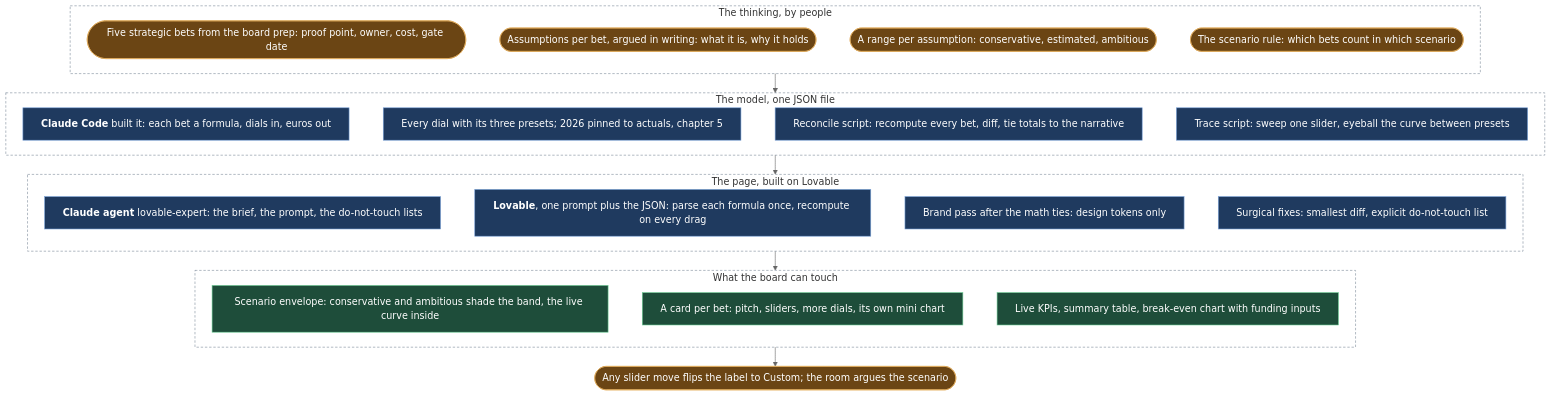
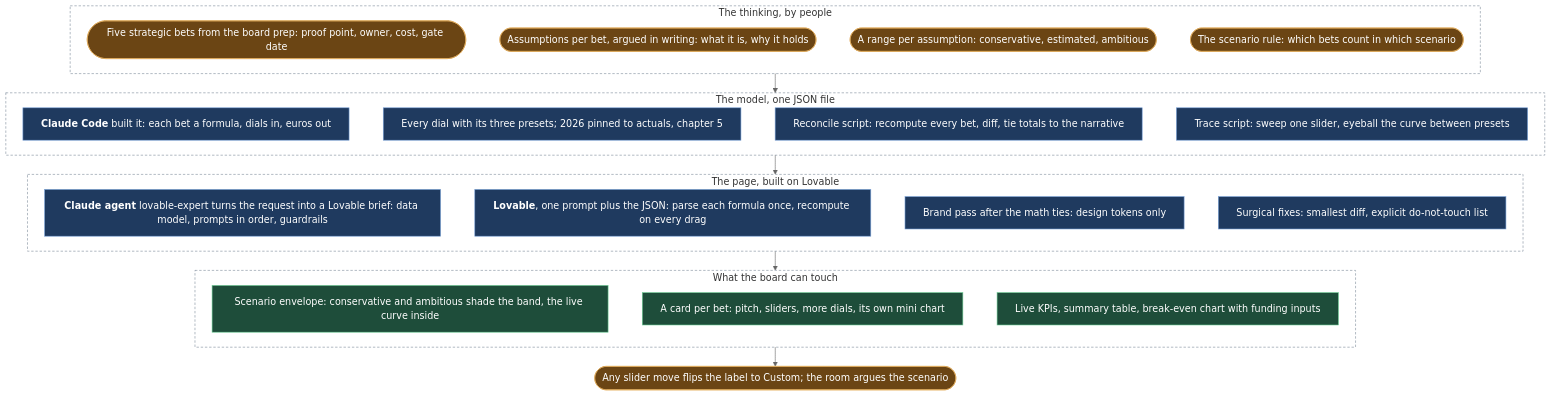
Before and after one commit to nunomnferreirapt/ai-operated-growth-engine: the diagram in evidence/case-studies/06-a-financial-model-the-leadership-team-could-click.md, drawn with Mermaid (neutral theme). The commit also changed other lines of this file, not shown here.

Commit message:
Chapter 6: the lovable-expert agent explained as the method, in the bullet and the box
Claude-Session: https://claude.ai/code/session_013vAMTruojjzTuNGSxvVixS

````diff
--- a/evidence/case-studies/06-a-financial-model-the-leadership-team-could-click.md
+++ b/evidence/case-studies/06-a-financial-model-the-leadership-team-could-click.md
@@ -11,42 +11,42 @@
 ```mermaid
 %%{init: {"flowchart": {"wrappingWidth": 600, "nodeSpacing": 30, "rankSpacing": 32}}}%%
 flowchart TB
     subgraph TH["The thinking, by people"]
         B1(["Five strategic bets from the board prep: proof point, owner, cost, gate date"]):::human
         B2(["Assumptions per bet, argued in writing: what it is, why it holds"]):::human
         B3(["A range per assumption: conservative, estimated, ambitious"]):::human
         B4(["The scenario rule: which bets count in which scenario"]):::human
         B1 ~~~ B2 ~~~ B3 ~~~ B4
     end
     subgraph MD["The model, one JSON file"]
         J["`**Claude Code** built it: each bet a formula, dials in, euros out`"]:::sys
         PR["Every dial with its three presets; 2026 pinned to actuals, chapter 5"]:::sys
         RC["Reconcile script: recompute every bet, diff, tie totals to the narrative"]:::sys
         TR["Trace script: sweep one slider, eyeball the curve between presets"]:::sys
         J ~~~ PR ~~~ RC ~~~ TR
     end
     TH --> MD
     subgraph PG["The page, built on Lovable"]
-        AG["`**Claude agent** lovable-expert: the brief, the prompt, the do-not-touch lists`"]:::sys
+        AG["`**Claude agent** lovable-expert turns the request into a Lovable brief: data model, prompts in order, guardrails`"]:::sys
         LV["`**Lovable**, one prompt plus the JSON: parse each formula once, recompute on every drag`"]:::sys
         ST["Brand pass after the math ties: design tokens only"]:::sys
         FX["Surgical fixes: smallest diff, explicit do-not-touch list"]:::sys
         AG ~~~ LV ~~~ ST ~~~ FX
     end
     MD --> PG
     subgraph OUT["What the board can touch"]
         O1["Scenario envelope: conservative and ambitious shade the band, the live curve inside"]:::out
         O2["A card per bet: pitch, sliders, more dials, its own mini chart"]:::out
         O3["Live KPIs, summary table, break-even chart with funding inputs"]:::out
         O1 ~~~ O2 ~~~ O3
     end
     PG --> OUT
     OUT --> RM(["Any slider move flips the label to Custom; the room argues the scenario"]):::human
     classDef sys fill:#1f3a5f,stroke:#7aa2d8,color:#ffffff
     classDef human fill:#6b4514,stroke:#e0a95a,color:#ffffff
     classDef out fill:#1e4d3a,stroke:#6fcf97,color:#ffffff
     style TH fill:transparent,stroke:#7f8c9a,stroke-dasharray:4 3
     style MD fill:transparent,stroke:#7f8c9a,stroke-dasharray:4 3
     style PG fill:transparent,stroke:#7f8c9a,stroke-dasharray:4 3
     style OUT fill:transparent,stroke:#7f8c9a,stroke-dasharray:4 3
 ```
````
